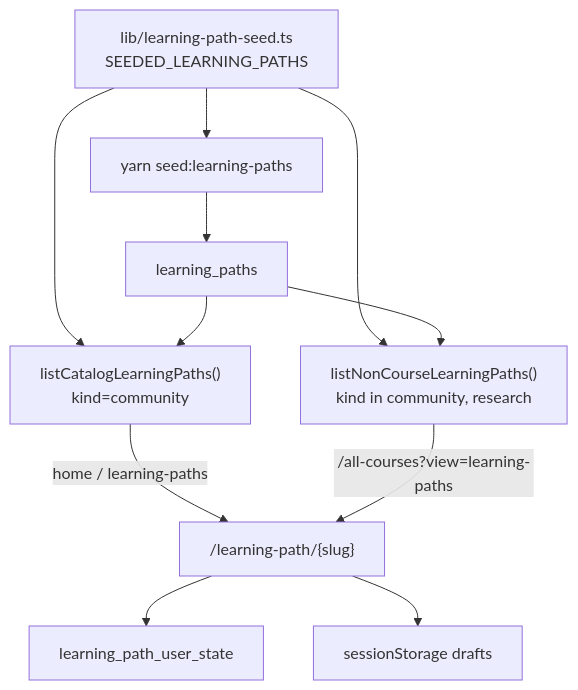
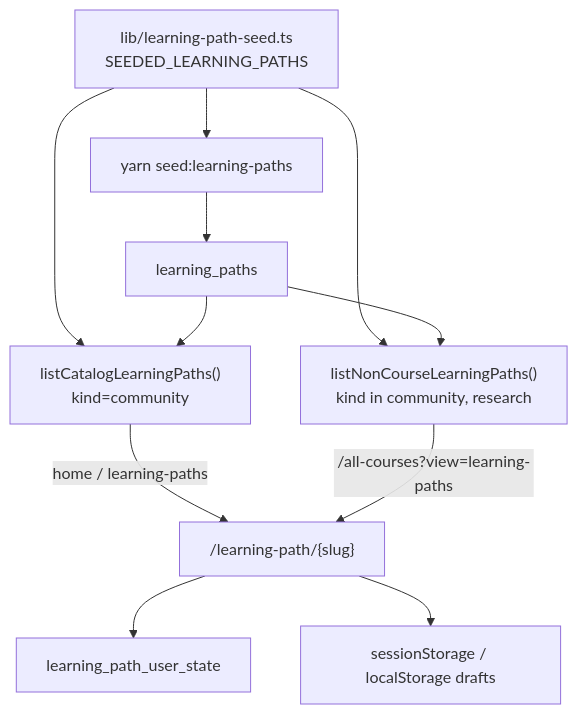
One commit to coursetexts/notion-site changed the diagram in docs/learning-paths.md. Above: the diagram before and after it, drawn with Mermaid. The commit also changed other lines of this file and 36 other files, not shown here.

````diff
--- a/docs/learning-paths.md
+++ b/docs/learning-paths.md
@@ -38,21 +38,21 @@
 ```mermaid
 flowchart TB
   Seed["lib/learning-path-seed.ts<br/>SEEDED_LEARNING_PATHS"]
   Script["yarn seed:learning-paths"]
   DB["learning_paths"]
   HomeList["listCatalogLearningPaths()<br/>kind=community"]
   AllList["listNonCourseLearningPaths()<br/>kind in community, research"]
   Page["/learning-path/{slug}"]
   State["learning_path_user_state"]
-  Local["sessionStorage drafts"]
+  Local["sessionStorage / localStorage drafts"]
 
   Seed --> Script --> DB
   Seed --> HomeList
   Seed --> AllList
   DB --> HomeList
   DB --> AllList
   HomeList -->|"home / learning-paths"| Page
   AllList -->|"/all-courses?view=learning-paths"| Page
   Page --> State
   Page --> Local
 ```
````
